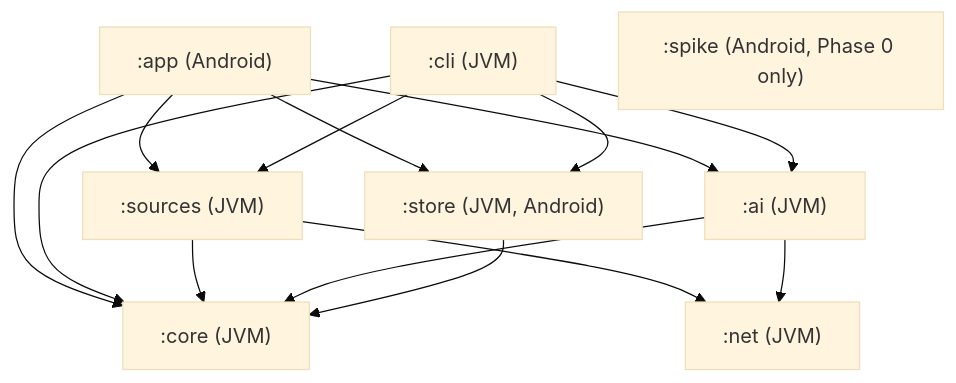
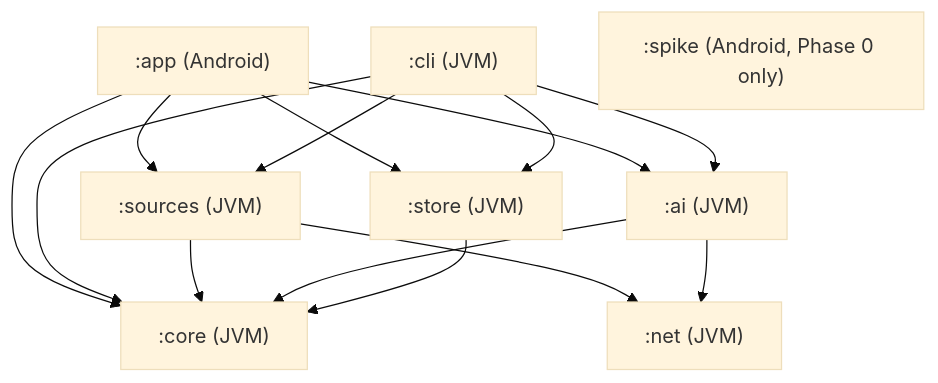
The first of 2 diagrams in design/architecture.md (wkusnierczyk/sleevesight), drawn with Mermaid (base theme) before and after one commit. The commit also changed other lines of this file, not shown here.

First line of the commit message:
[DOCS] Architecture: address the independent review of c5c00a2

````diff
--- a/design/architecture.md
+++ b/design/architecture.md
@@ -74,19 +74,19 @@
 ```mermaid
 flowchart TD
   app[":app (Android)"] --> core
   app --> sources
   app --> ai
   app --> store
   cli[":cli (JVM)"] --> core
   cli --> sources
   cli --> ai
   cli --> store
   sources[":sources (JVM)"] --> core
   sources --> net
   ai[":ai (JVM)"] --> core
   ai --> net
-  store[":store (JVM, Android)"] --> core
+  store[":store (JVM)"] --> core
   net[":net (JVM)"]
   core[":core (JVM)"]
   spike[":spike (Android, Phase 0 only)"]
 ```
````
